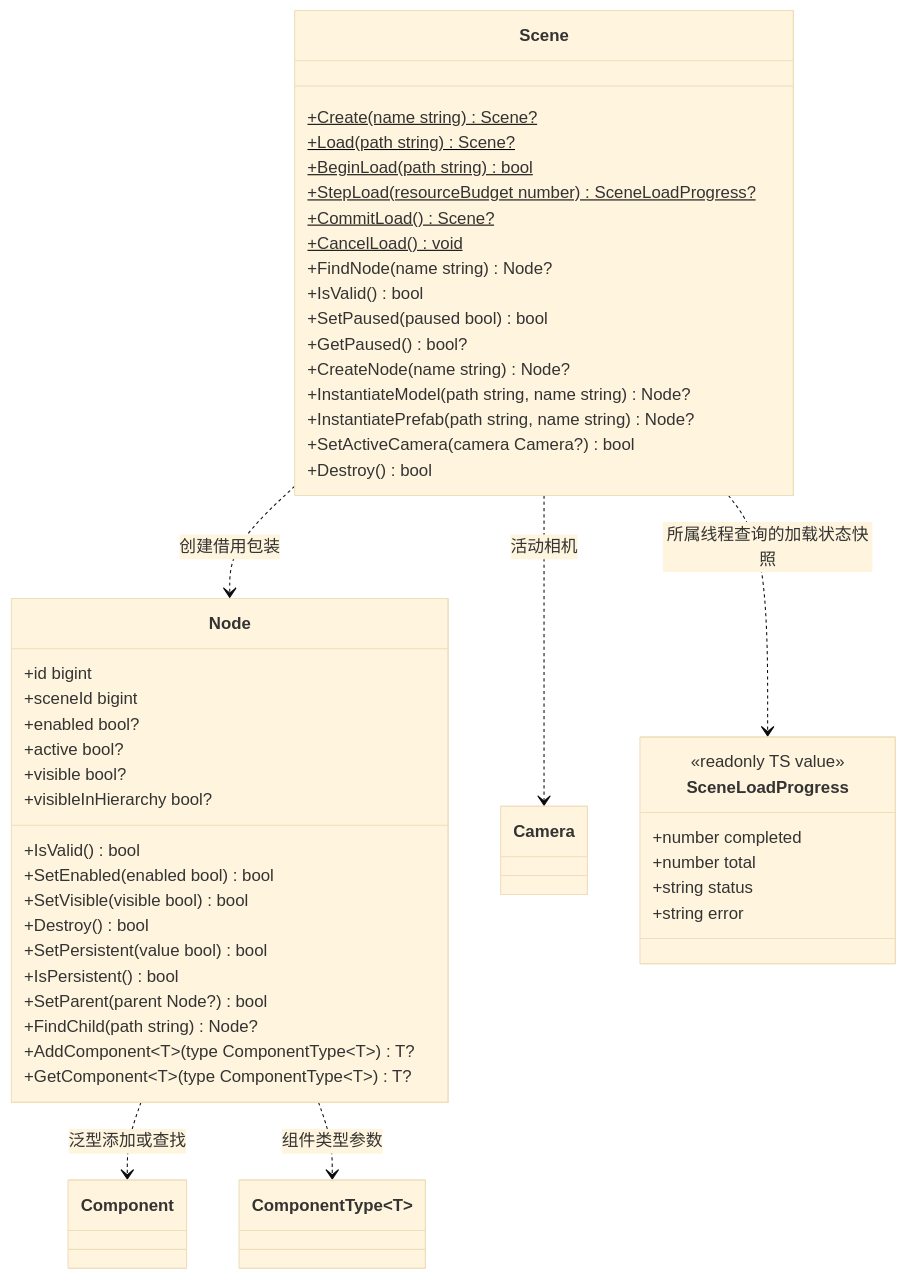
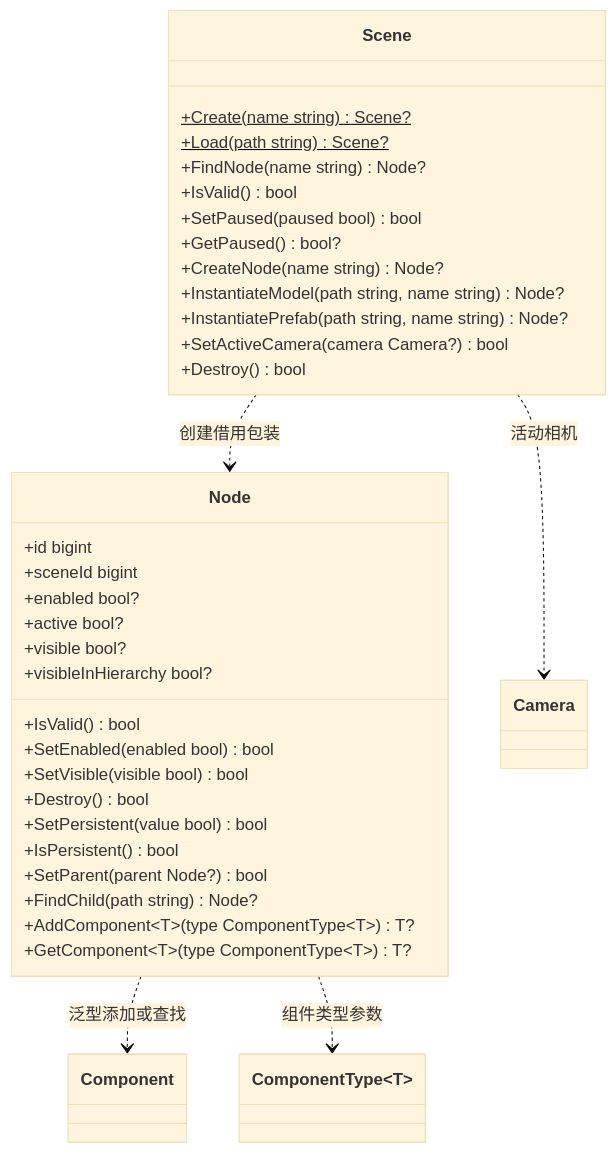
The second of 3 diagrams in docs/runtime/class-diagrams/gameplay.md (lcals/Engine), drawn with Mermaid (base theme) before and after one commit. The commit also changed other lines of this file and 25 other files, not shown here.

Commit message:
Document scoped scene loading and optional runtime MCP architecture

````diff
--- a/docs/runtime/class-diagrams/gameplay.md
+++ b/docs/runtime/class-diagrams/gameplay.md
@@ -47,54 +47,42 @@
 ```mermaid
 classDiagram
     direction TB
     class Scene {
         +Create(name string) Scene?$
         +Load(path string) Scene?$
-        +BeginLoad(path string) bool$
-        +StepLoad(resourceBudget number) SceneLoadProgress?$
-        +CommitLoad() Scene?$
-        +CancelLoad() void$
         +FindNode(name string) Node?
         +IsValid() bool
         +SetPaused(paused bool) bool
         +GetPaused() bool?
         +CreateNode(name string) Node?
         +InstantiateModel(path string, name string) Node?
         +InstantiatePrefab(path string, name string) Node?
         +SetActiveCamera(camera Camera?) bool
         +Destroy() bool
     }
     class Node {
         +id bigint
         +sceneId bigint
         +IsValid() bool
         +SetEnabled(enabled bool) bool
         +enabled bool?
         +active bool?
         +SetVisible(visible bool) bool
         +visible bool?
         +visibleInHierarchy bool?
         +Destroy() bool
         +SetPersistent(value bool) bool
         +IsPersistent() bool
         +SetParent(parent Node?) bool
         +FindChild(path string) Node?
         +AddComponent~T~(type ComponentType~T~) T?
         +GetComponent~T~(type ComponentType~T~) T?
     }
     class Component
     class ComponentType~T~
     class Camera
-    class SceneLoadProgress {
-        <<readonly TS value>>
-        +number completed
-        +number total
-        +string status
-        +string error
-    }
     Scene ..> Node : 创建借用包装
     Scene ..> Camera : 活动相机
-    Scene ..> SceneLoadProgress : 所属线程查询的加载状态快照
     Node ..> Component : 泛型添加或查找
     Node ..> ComponentType : 组件类型参数
 ```
````
